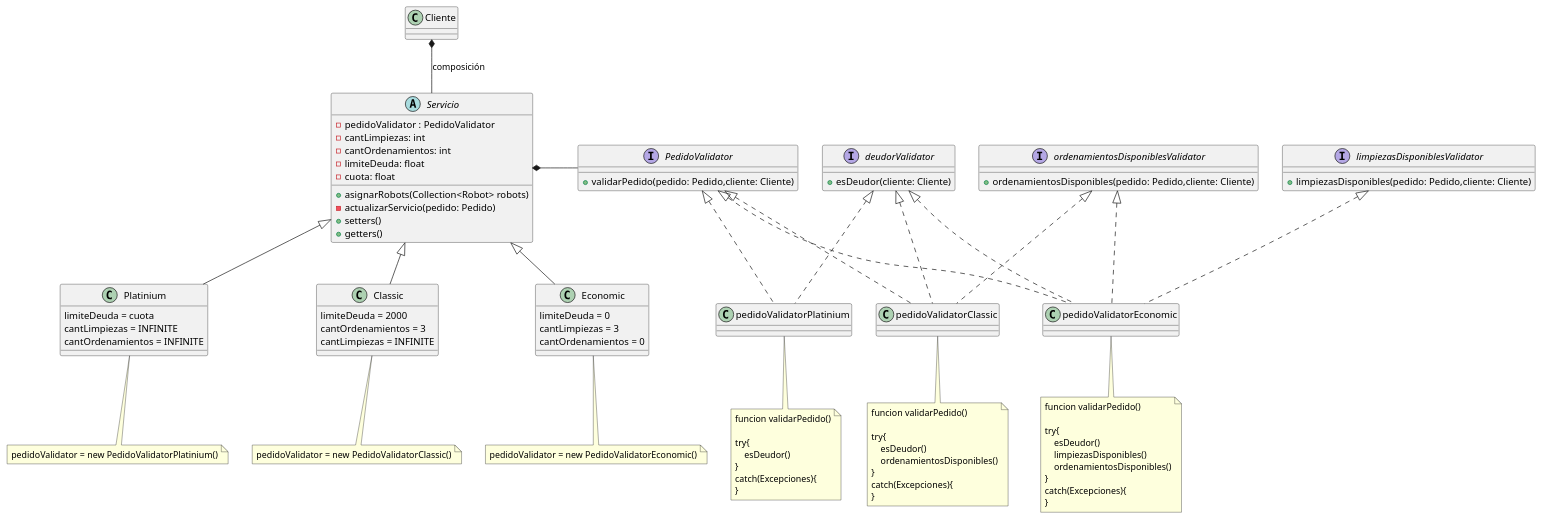
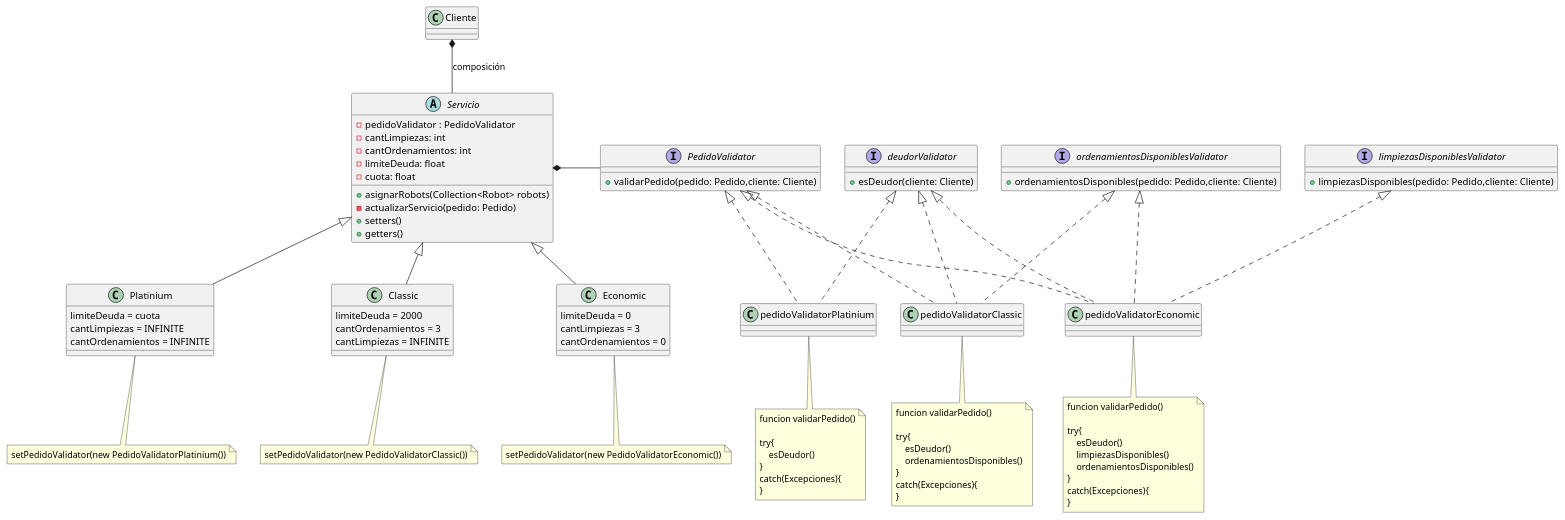
Before and after one commit to bacarvalho/TrabajoPractico: the diagram in src/main/java/com/grupo4/trabajo/Diagramas/diagrama_clases_pedidoValidator.puml, drawn with PlantUML. The commit also changed 4 other files, not shown here.

```diff
--- a/src/main/java/com/grupo4/trabajo/Diagramas/diagrama_clases_pedidoValidator.puml
+++ b/src/main/java/com/grupo4/trabajo/Diagramas/diagrama_clases_pedidoValidator.puml
@@ -1,102 +1,102 @@
 @startuml
 'https://plantuml.com/class-diagram
 
 
 abstract class Servicio{
 - pedidoValidator : PedidoValidator
 - cantLimpiezas: int
 - cantOrdenamientos: int
 - limiteDeuda: float
  -cuota: float
 
 +asignarRobots(Collection<Robot> robots)
 -actualizarServicio(pedido: Pedido)
 +setters()
 +getters()
 }
 
 class Platinium{
 limiteDeuda = cuota
 cantLimpiezas = INFINITE
 cantOrdenamientos = INFINITE
 }
 class Classic{
 limiteDeuda = 2000
 cantOrdenamientos = 3
 cantLimpiezas = INFINITE
 }
 
 class Economic{
 limiteDeuda = 0
 cantLimpiezas = 3
 cantOrdenamientos = 0
 }
 
 interface PedidoValidator{
 +validarPedido(pedido: Pedido,cliente: Cliente)
 }
 
 interface deudorValidator{
 +esDeudor(cliente: Cliente)
 }
 
 interface ordenamientosDisponiblesValidator{
 +ordenamientosDisponibles(pedido: Pedido,cliente: Cliente)
 }
 
 class pedidoValidatorEconomic implements PedidoValidator,deudorValidator,ordenamientosDisponiblesValidator,limpiezasDisponiblesValidator{
 
 }
 class pedidoValidatorClassic implements PedidoValidator,deudorValidator,ordenamientosDisponiblesValidator{
 }
 class pedidoValidatorPlatinium implements PedidoValidator,deudorValidator{
 }
 
 interface limpiezasDisponiblesValidator{
 +limpiezasDisponibles(pedido: Pedido,cliente: Cliente)
 }
 
 Servicio <|-- Platinium
 Servicio <|-- Classic
 Servicio <|-- Economic
 
 PedidoValidator -left-* Servicio
 Cliente *--  Servicio : composición
 
 note bottom of pedidoValidatorEconomic
     funcion validarPedido()
 
     try{
         esDeudor()
         limpiezasDisponibles()
         ordenamientosDisponibles()
     }
     catch(Excepciones){
     }
 end note
 
 note bottom of pedidoValidatorClassic
     funcion validarPedido()
 
     try{
         esDeudor()
         ordenamientosDisponibles()
     }
     catch(Excepciones){
     }
 end note
 
 note bottom of pedidoValidatorPlatinium
     funcion validarPedido()
 
     try{
         esDeudor()
     }
     catch(Excepciones){
     }
 end note
 
-note bottom of Platinium: pedidoValidator = new PedidoValidatorPlatinium()
-note bottom of Classic: pedidoValidator = new PedidoValidatorClassic()
-note bottom of Economic: pedidoValidator = new PedidoValidatorEconomic()
+note bottom of Platinium: setPedidoValidator(new PedidoValidatorPlatinium())
+note bottom of Classic: setPedidoValidator(new PedidoValidatorClassic())
+note bottom of Economic: setPedidoValidator(new PedidoValidatorEconomic())
 @enduml
```
